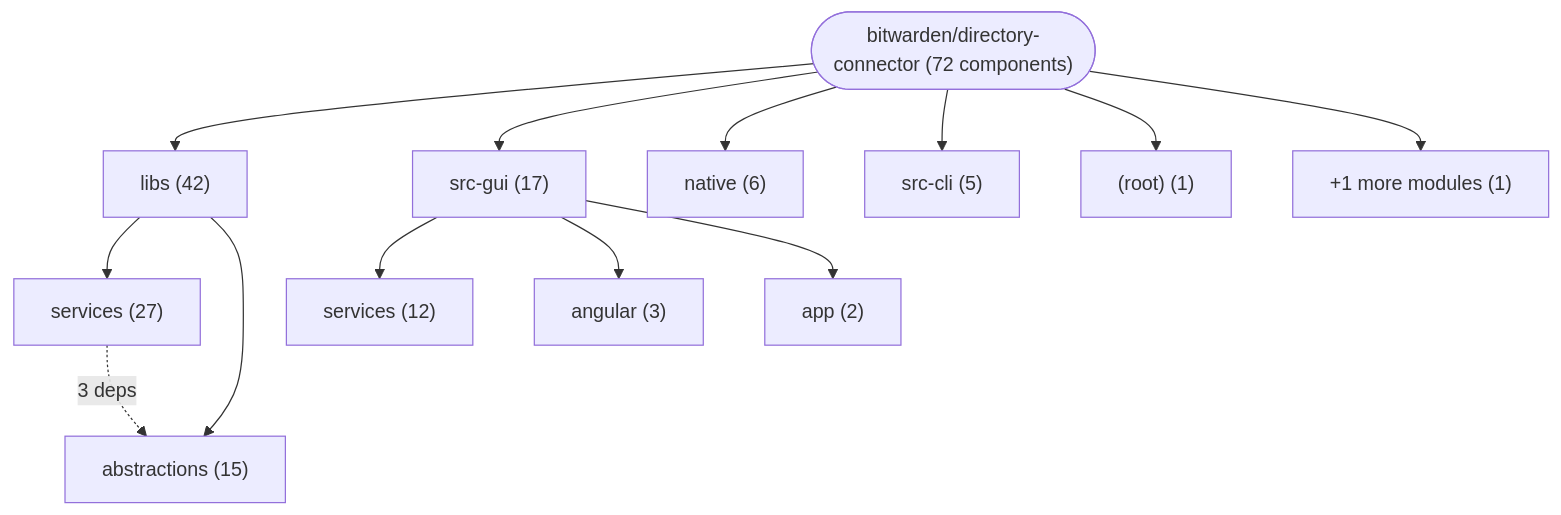
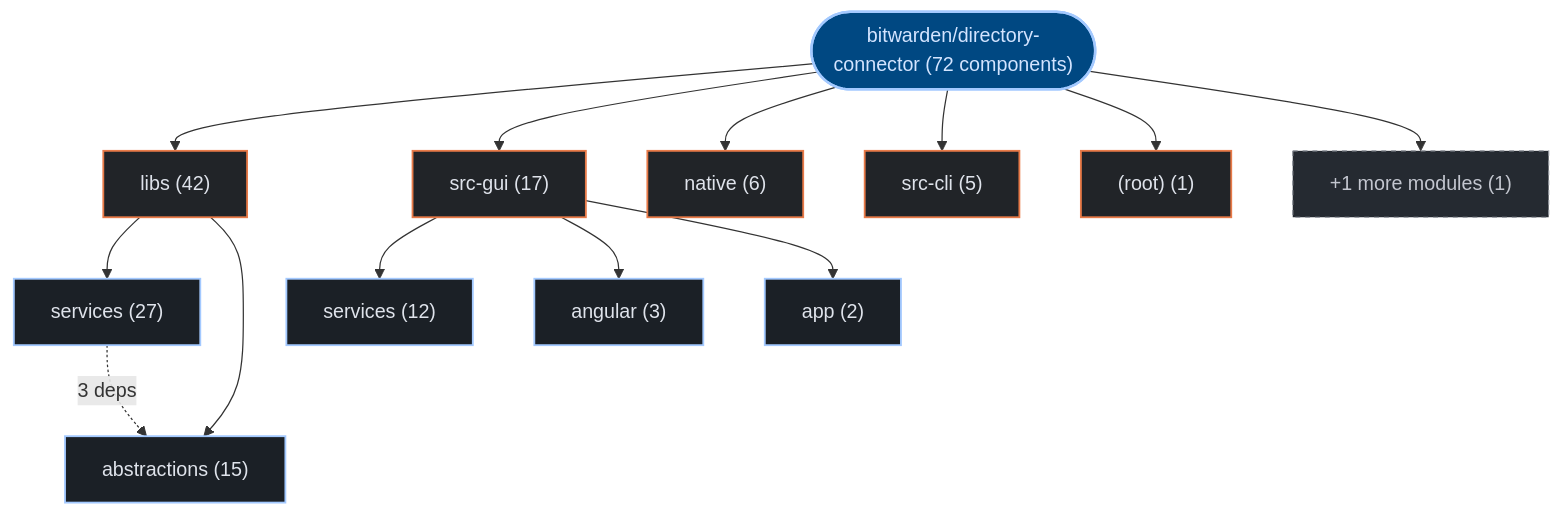
Before and after one commit to kumarshaz/atruss-code-atlas: the first of 3 diagrams in exports/latest/reports/bitwarden-directory-connector-report.md, drawn with Mermaid. The commit also changed other lines of this file and 331 other files, not shown here.

Commit message:
docs,ui,fix: update SDLC docs, reorder CI/CD DAG first, stylize Mermaid, and fix Arc42 pipeline topology

````diff
--- a/exports/latest/reports/bitwarden-directory-connector-report.md
+++ b/exports/latest/reports/bitwarden-directory-connector-report.md
@@ -42,27 +42,34 @@
 ```mermaid
 graph TD;
-    repo_root(["bitwarden/directory-connector (72 components)"])
-    dir_0_libs["libs (42)"]
+  classDef atlasRoot fill:#004882,stroke:#a3c9ff,stroke-width:2px,color:#d3e4ff
+  classDef atlasCategory fill:#212428,stroke:#E87A48,stroke-width:1.5px,color:#dfe3eb
+  classDef atlasWorkflow fill:#1b2026,stroke:#a3c9ff,stroke-width:1.5px,color:#dfe3eb
+  classDef atlasJob fill:#171c22,stroke:#8d9199,stroke-width:1px,color:#dfe3eb
+  classDef atlasTarget fill:#005227,stroke:#8bd99b,stroke-width:1.5px,color:#a7f6b6
+  classDef atlasAlert fill:#93000a,stroke:#ffb4ab,stroke-width:1.5px,color:#ffdad6
+  classDef atlasMore fill:#252a31,stroke:#8d9199,stroke-dasharray:4 4,color:#c3c6cf
+    repo_root(["bitwarden/directory-connector (72 components)"]):::atlasRoot
+    dir_0_libs["libs (42)"]:::atlasCategory
     repo_root --> dir_0_libs
-    sub_0_0_services["services (27)"]
+    sub_0_0_services["services (27)"]:::atlasWorkflow
     dir_0_libs --> sub_0_0_services
-    sub_0_1_abstractions["abstractions (15)"]
+    sub_0_1_abstractions["abstractions (15)"]:::atlasWorkflow
     dir_0_libs --> sub_0_1_abstractions
-    dir_1_src_gui["src-gui (17)"]
+    dir_1_src_gui["src-gui (17)"]:::atlasCategory
     repo_root --> dir_1_src_gui
-    sub_1_0_services["services (12)"]
+    sub_1_0_services["services (12)"]:::atlasWorkflow
     dir_1_src_gui --> sub_1_0_services
-    sub_1_1_angular["angular (3)"]
+    sub_1_1_angular["angular (3)"]:::atlasWorkflow
     dir_1_src_gui --> sub_1_1_angular
-    sub_1_2_app["app (2)"]
+    sub_1_2_app["app (2)"]:::atlasWorkflow
     dir_1_src_gui --> sub_1_2_app
-    dir_2_native["native (6)"]
+    dir_2_native["native (6)"]:::atlasCategory
     repo_root --> dir_2_native
-    dir_3_src_cli["src-cli (5)"]
+    dir_3_src_cli["src-cli (5)"]:::atlasCategory
     repo_root --> dir_3_src_cli
-    dir_4__root_["(root) (1)"]
+    dir_4__root_["(root) (1)"]:::atlasCategory
     repo_root --> dir_4__root_
-    dir_other_modules["+1 more modules (1)"]
+    dir_other_modules["+1 more modules (1)"]:::atlasMore
     repo_root --> dir_other_modules
     sub_0_0_services -.->|"3 deps"| sub_0_1_abstractions
 ```
````
